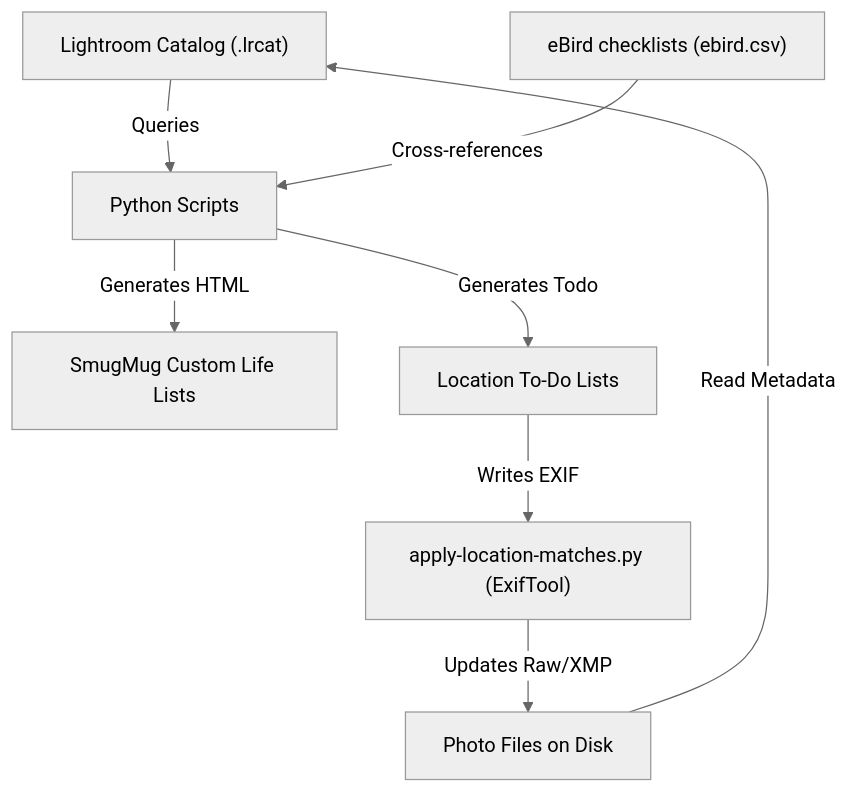
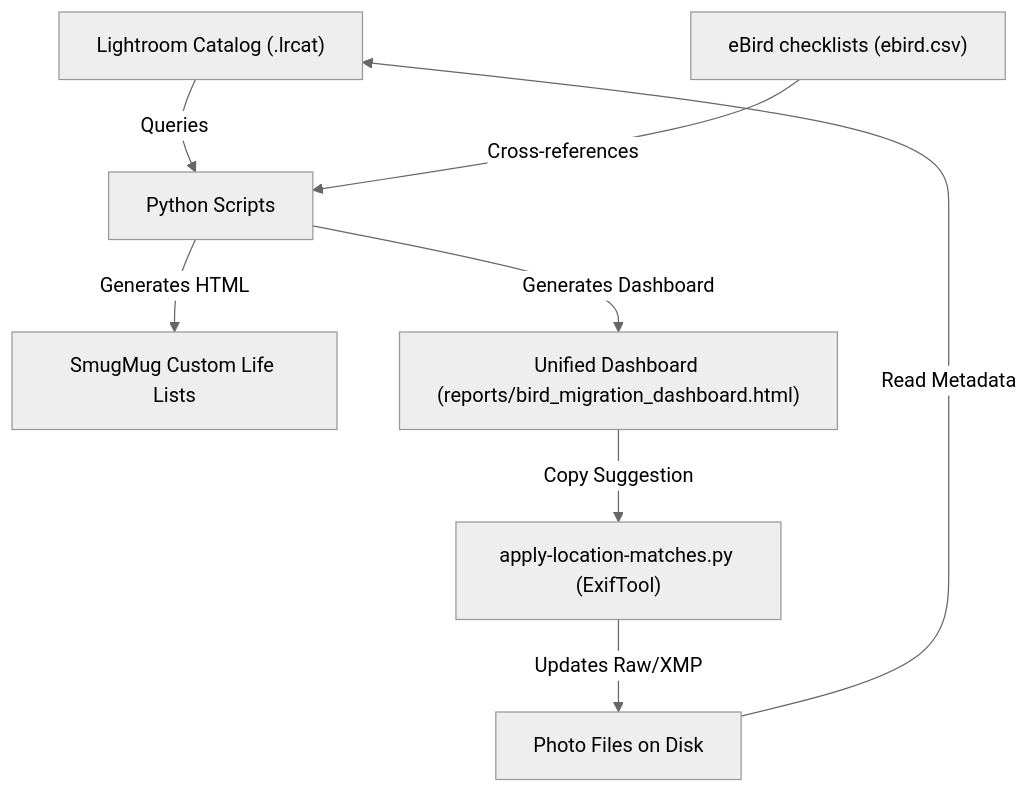
The diagram in README.md (wfwalker/smugmug-species-list), drawn with Mermaid (neutral theme) before and after one commit. The commit also changed other lines of this file and 5 other files, not shown here.

````diff
--- a/README.md
+++ b/README.md
@@ -9,10 +9,10 @@
 ```mermaid
 graph TD
     A["Lightroom Catalog (.lrcat)"] -->|Queries| B["Python Scripts"]
     C["eBird checklists (ebird.csv)"] -->|Cross-references| B
     B -->|Generates HTML| D["SmugMug Custom Life Lists"]
-    B -->|Generates Todo| E["Location To-Do Lists"]
-    E -->|Writes EXIF| F["apply-location-matches.py (ExifTool)"]
+    B -->|Generates Dashboard| E["Unified Dashboard (reports/bird_migration_dashboard.html)"]
+    E -->|Copy Suggestion| F["apply-location-matches.py (ExifTool)"]
     F -->|Updates Raw/XMP| G["Photo Files on Disk"]
     G -->|Read Metadata| A
 ```
````
